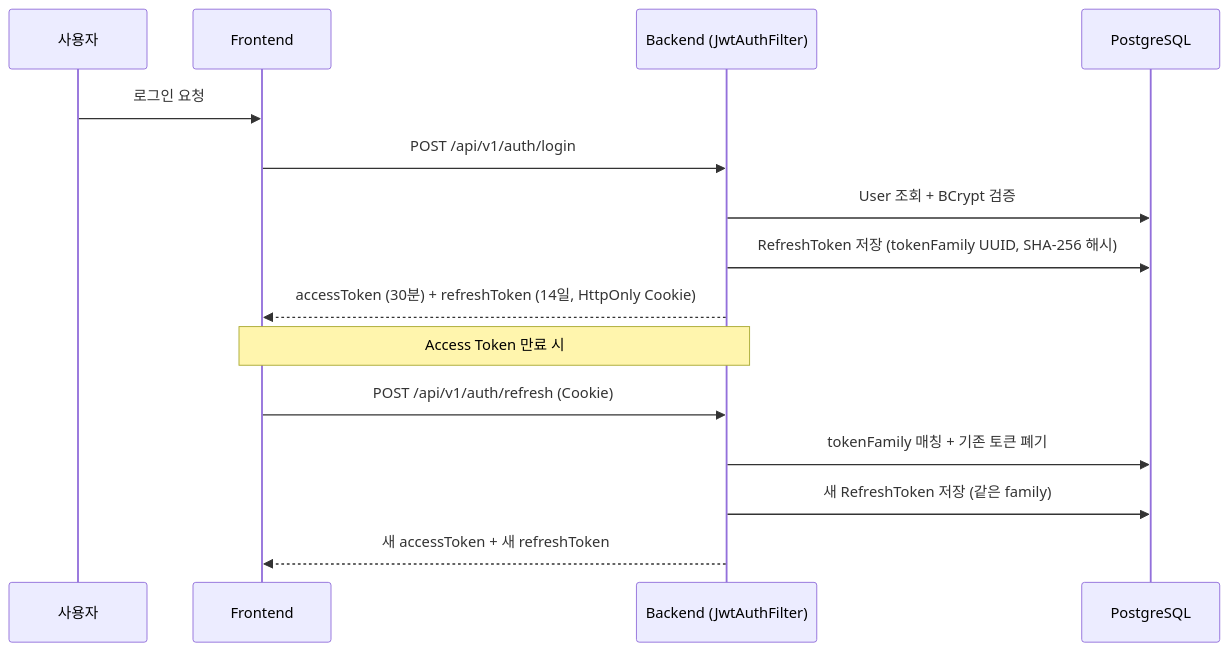
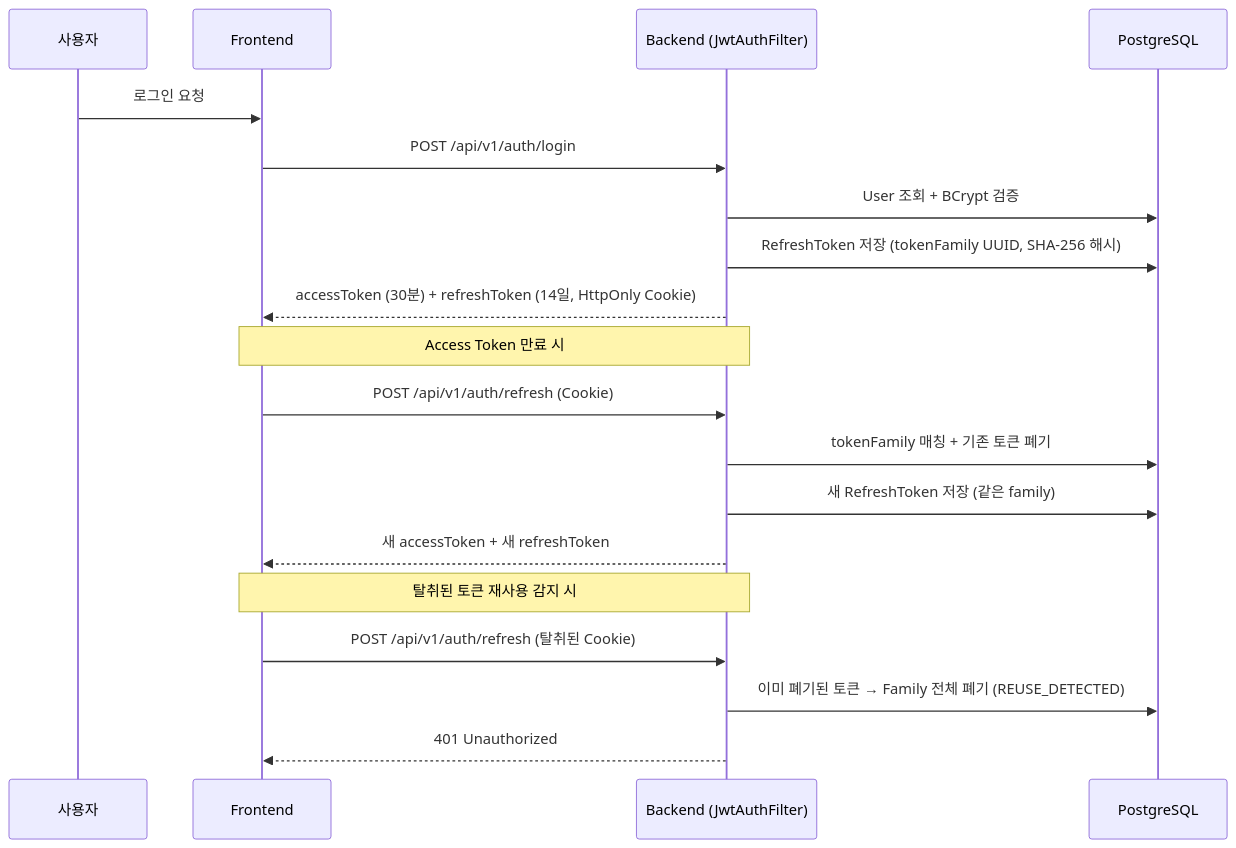
Before and after one commit to welikeWatermelon/therapist_community_BE: the second of 3 diagrams in README.md, drawn with Mermaid. The commit also changed other lines of this file, not shown here.

````diff
--- a/README.md
+++ b/README.md
@@ -193,19 +272,24 @@
 ```mermaid
 sequenceDiagram
     participant U as 사용자
     participant FE as Frontend
     participant BE as Backend (JwtAuthFilter)
     participant DB as PostgreSQL
 
     U->>FE: 로그인 요청
     FE->>BE: POST /api/v1/auth/login
     BE->>DB: User 조회 + BCrypt 검증
     BE->>DB: RefreshToken 저장 (tokenFamily UUID, SHA-256 해시)
     BE-->>FE: accessToken (30분) + refreshToken (14일, HttpOnly Cookie)
 
     Note over FE,BE: Access Token 만료 시
     FE->>BE: POST /api/v1/auth/refresh (Cookie)
     BE->>DB: tokenFamily 매칭 + 기존 토큰 폐기
     BE->>DB: 새 RefreshToken 저장 (같은 family)
     BE-->>FE: 새 accessToken + 새 refreshToken
+
+    Note over FE,BE: 탈취된 토큰 재사용 감지 시
+    FE->>BE: POST /api/v1/auth/refresh (탈취된 Cookie)
+    BE->>DB: 이미 폐기된 토큰 → Family 전체 폐기 (REUSE_DETECTED)
+    BE-->>FE: 401 Unauthorized
 ```
````
